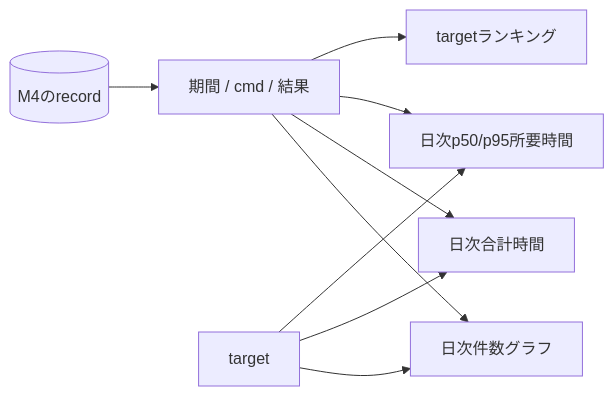
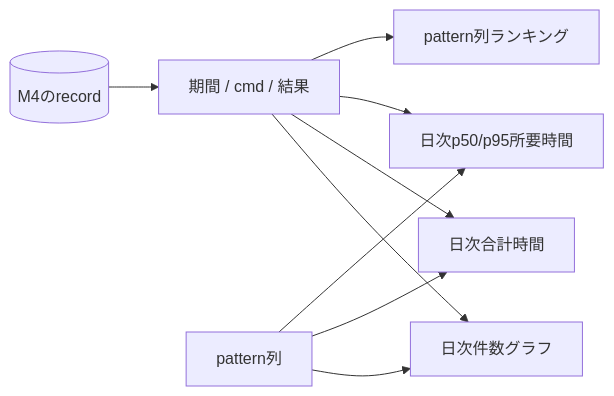
Before and after one commit to OhataKenji/zeal: the diagram in docs/design/m5-analytics.md, drawn with Mermaid. The commit also changed other lines of this file and 18 other files, not shown here.

````diff
--- a/docs/design/m5-analytics.md
+++ b/docs/design/m5-analytics.md
@@ -8,11 +8,11 @@
 ```mermaid
 flowchart LR
     DB[("M4のrecord")] --> FILTER["期間 / cmd / 結果"]
     FILTER --> COUNT["日次件数グラフ"]
     FILTER --> WAIT["日次合計時間"]
     FILTER --> DUR["日次p50/p95所要時間"]
-    FILTER --> RANK["targetランキング"]
-    TGT["target"] --> COUNT
+    FILTER --> RANK["pattern列ランキング"]
+    TGT["pattern列"] --> COUNT
     TGT --> WAIT
     TGT --> DUR
 ```
````
